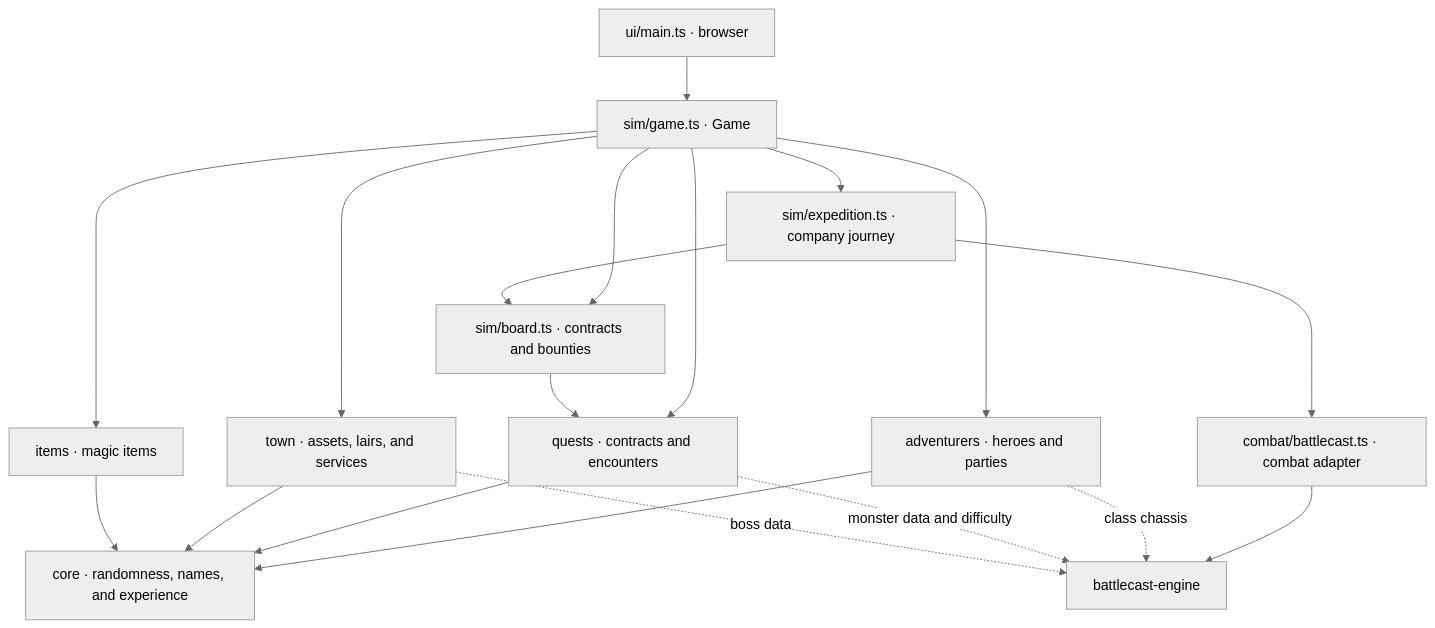
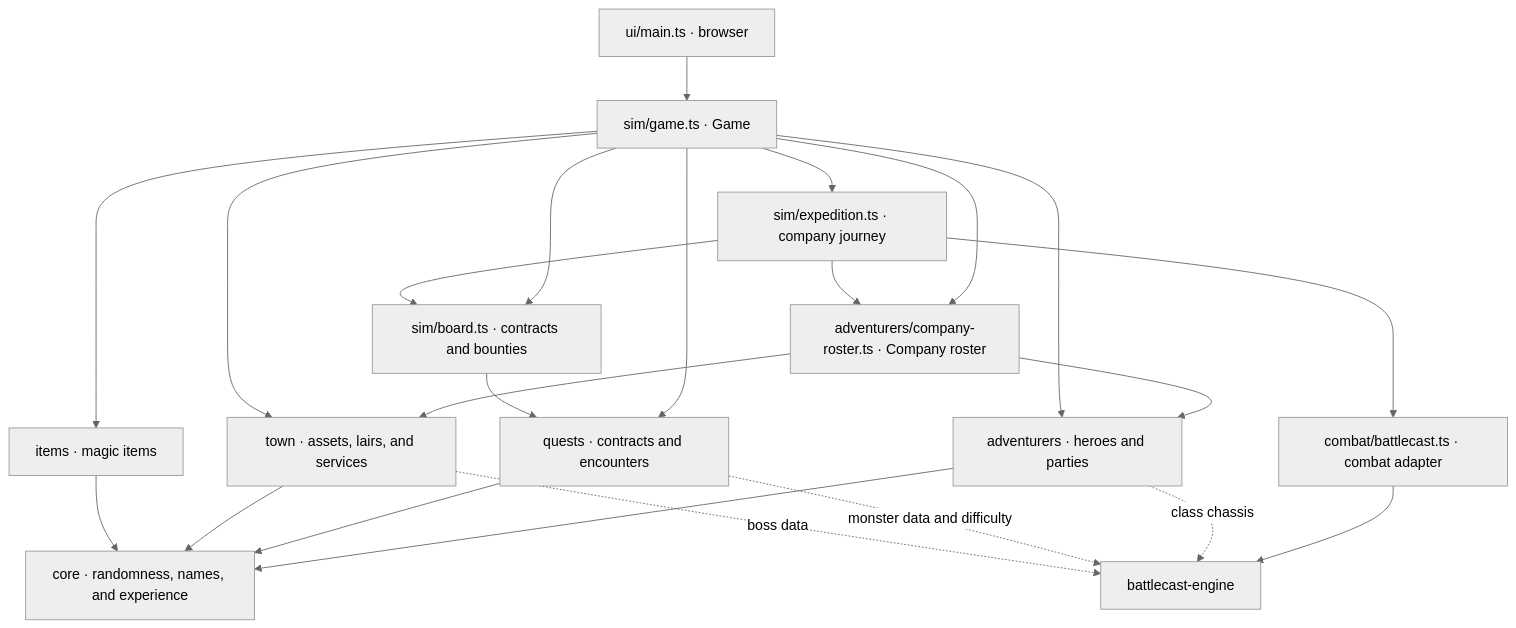
The diagram in docs/ARCHITECTURE-INTERFACES.md (carloscasalar/d20-idle-town), drawn with Mermaid (neutral theme) before and after one commit. The commit also changed other lines of this file and 12 other files, not shown here.

First line of the commit message:
refactor: a company roster, and town services as an ordered list

````diff
--- a/docs/ARCHITECTURE-INTERFACES.md
+++ b/docs/ARCHITECTURE-INTERFACES.md
@@ -7,21 +7,25 @@
 ```mermaid
 flowchart TD
   UI["ui/main.ts · browser"] --> GAME["sim/game.ts · Game"]
+  GAME --> ROSTER["adventurers/company-roster.ts · Company roster"]
+  ROSTER --> PEOPLE
+  ROSTER --> TOWN
+  EXPEDITION --> ROSTER
   GAME --> PEOPLE["adventurers · heroes and parties"]
   GAME --> QUESTS["quests · contracts and encounters"]
   GAME --> TOWN["town · assets, lairs, and services"]
   GAME --> ITEMS["items · magic items"]
   GAME --> BOARD["sim/board.ts · contracts and bounties"]
   BOARD --> QUESTS
   GAME --> EXPEDITION["sim/expedition.ts · company journey"]
   EXPEDITION --> BOARD
   EXPEDITION --> COMBAT["combat/battlecast.ts · combat adapter"]
   PEOPLE --> CORE["core · randomness, names, and experience"]
   QUESTS --> CORE
   TOWN --> CORE
   ITEMS --> CORE
   COMBAT --> ENGINE["battlecast-engine"]
   PEOPLE -. "class chassis" .-> ENGINE
   QUESTS -. "monster data and difficulty" .-> ENGINE
   TOWN -. "boss data" .-> ENGINE
 ```
````
